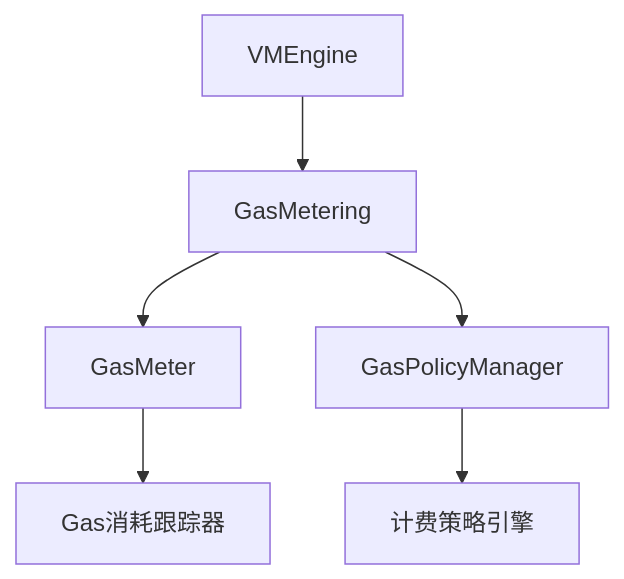
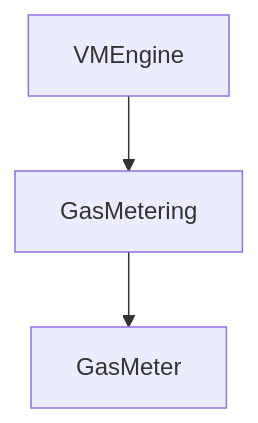
The third of 3 diagrams in docs/detailed_design/gas_metering_detailed_design.md (lengzhao/vm), drawn with Mermaid before and after one commit. The commit also changed other lines of this file and 12 other files, not shown here.

````diff
--- a/docs/detailed_design/gas_metering_detailed_design.md
+++ b/docs/detailed_design/gas_metering_detailed_design.md
@@ -495,8 +185,5 @@
 ```mermaid
 graph TD
 A[VMEngine] --> B[GasMetering]
 B --> C[GasMeter]
-B --> D[GasPolicyManager]
-C --> E[Gas消耗跟踪器]
-D --> F[计费策略引擎]
 ```
````
